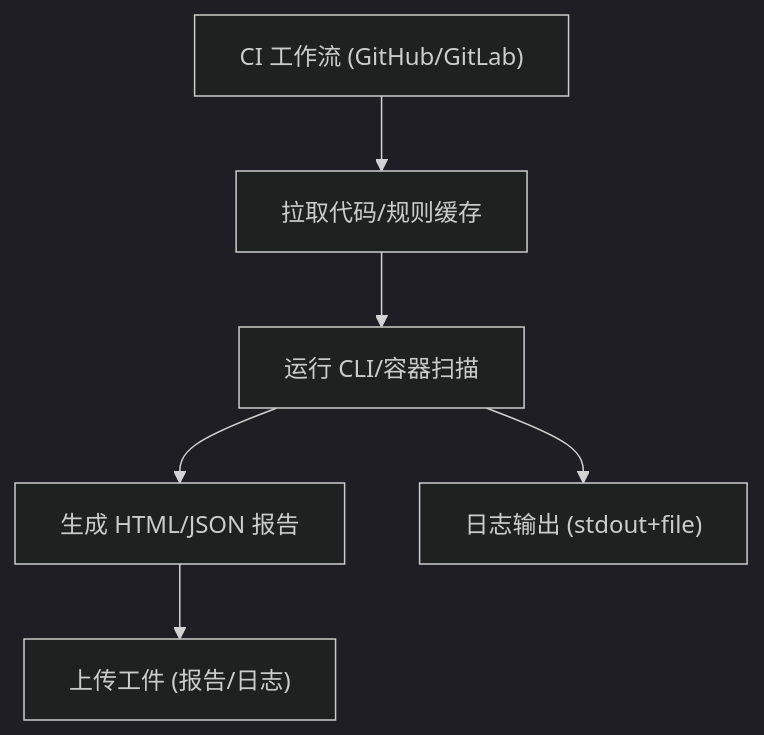
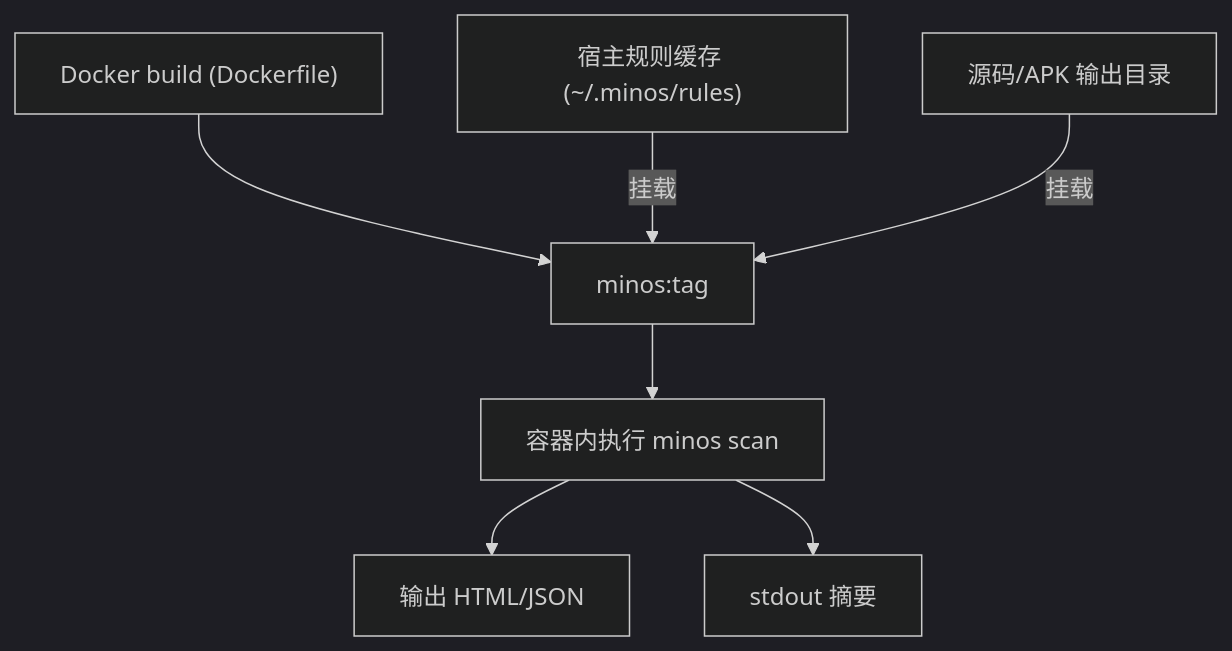
Before and after one commit to gengqifu/Minos: the diagram in .ai/stories/story-6.story.md, drawn with Mermaid (dark theme). The commit also changed other lines of this file and 1 other file, not shown here.

````diff
--- a/.ai/stories/story-6.story.md
+++ b/.ai/stories/story-6.story.md
@@ -62,8 +56,9 @@
 ```mermaid
 flowchart TD
-    CI["CI 工作流 (GitHub/GitLab)"] --> SETUP["拉取代码/规则缓存"]
-    SETUP --> RUN["运行 CLI/容器扫描"]
-    RUN --> REPORT["生成 HTML/JSON 报告"]
-    RUN --> LOGS["日志输出 (stdout+file)"]
-    REPORT --> ARTIFACTS["上传工件 (报告/日志)"]
+    BUILD["Docker build (Dockerfile)"] --> IMG["minos:tag"]
+    RULES["宿主规则缓存 (~/.minos/rules)"] -->|挂载| IMG
+    SRC["源码/APK 输出目录"] -->|挂载| IMG
+    IMG --> RUN["容器内执行 minos scan"]
+    RUN --> REPORT["输出 HTML/JSON"]
+    RUN --> SUMMARY["stdout 摘要"]
 ```
````
